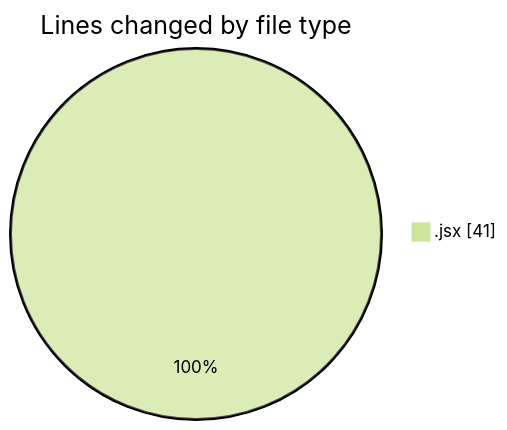
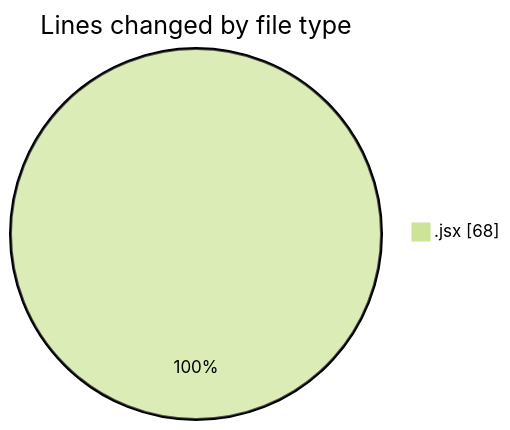
The first of 2 diagrams in 2026-02-12/cda/README.md (momahboobian/code-tracking), drawn with Mermaid (forest theme) before and after one commit. The commit also changed other lines of this file and 1 other file, not shown here.

````diff
--- a/2026-02-12/cda/README.md
+++ b/2026-02-12/cda/README.md
@@ -20,5 +20,5 @@
 ```mermaid
 pie showData
 title Lines changed by file type
-".jsx" : 41
+".jsx" : 68
 ```
````
